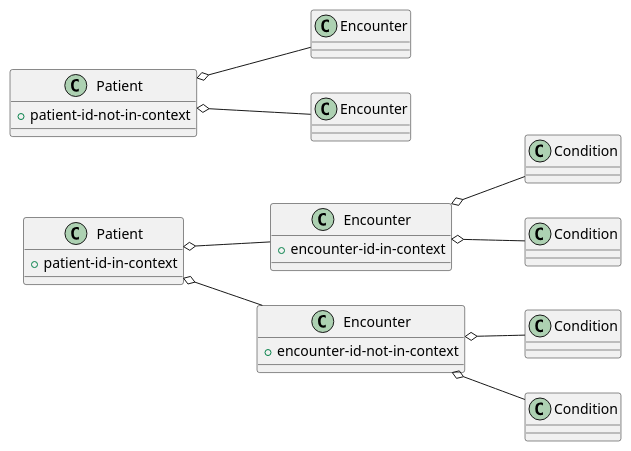
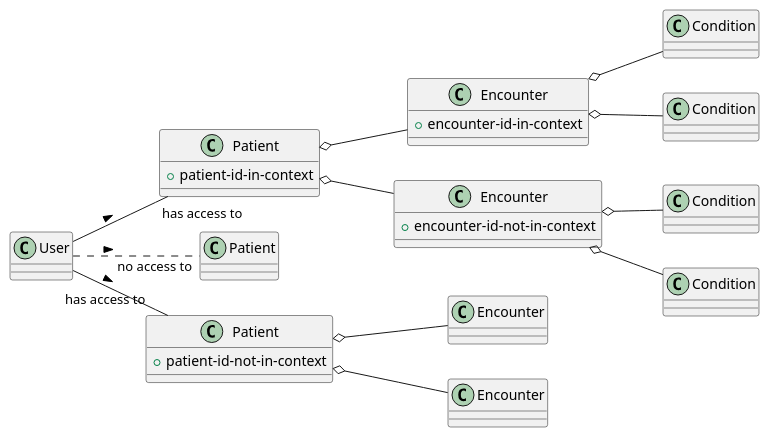
The diagram in docs/testresources.puml (gematik/isik3-sicherheit-testsuite), drawn with PlantUML before and after one commit. The commit also changed 20 other files, not shown here.

```diff
--- a/docs/testresources.puml
+++ b/docs/testresources.puml
@@ -1,33 +1,40 @@
 @startuml
 
 left to right direction
 
+class "User" as User {
+}
 class "Patient" as Patient1 {
     +patient-id-in-context
+}
+class "Patient" as Patient3 {
 }
 class "Encounter" as Encounter11 {
     +encounter-id-in-context
 }
 class "Encounter" as Encounter12 {
     +encounter-id-not-in-context
 }
 class "Patient" as Patient2 {
     +patient-id-not-in-context
 }
 class "Encounter" as Encounter21
 class "Encounter" as Encounter22
 class "Condition" as ConditionA
 class "Condition" as ConditionB
 class "Condition" as ConditionC
 class "Condition" as ConditionD
 
+User -- Patient1 : > "has access to"
+User -- Patient2 : > "has access to"
+User .. Patient3 : > "no access to"
 Patient1 o-- Encounter11
 Patient1 o-- Encounter12
 Patient2 o-- Encounter21
 Patient2 o-- Encounter22
 Encounter11 o-- ConditionA
 Encounter11 o-- ConditionB
 Encounter12 o-- ConditionC
 Encounter12 o-- ConditionD
 
 @enduml
```
